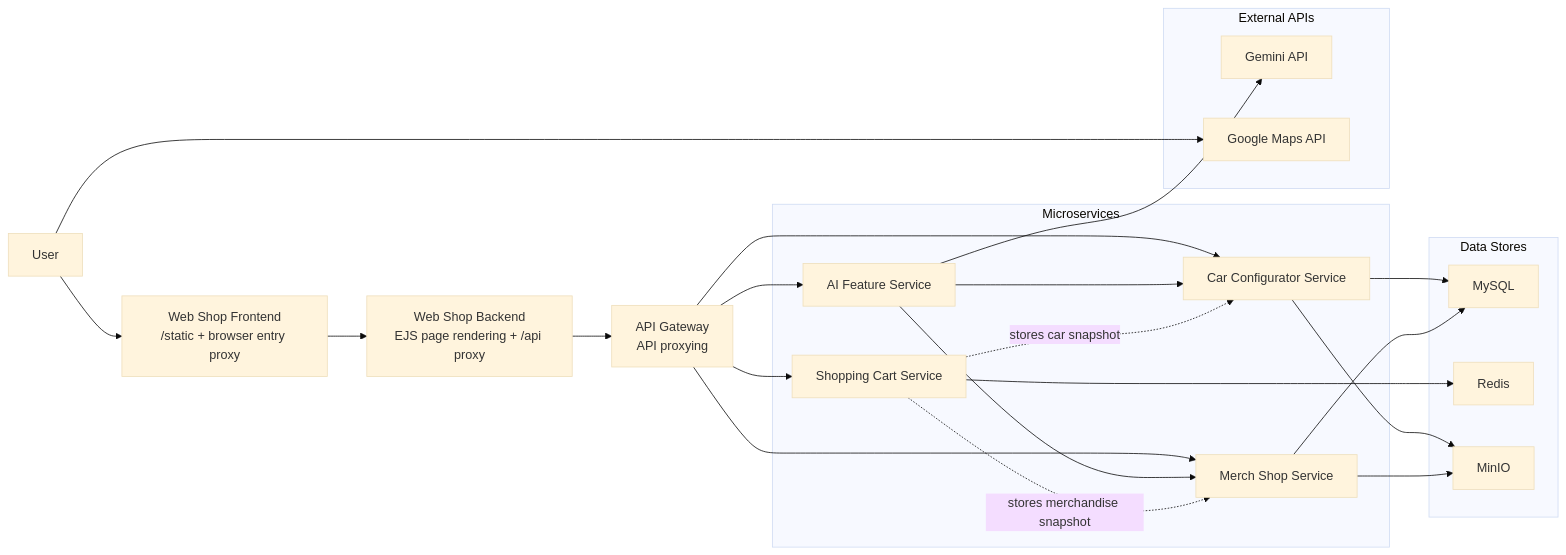
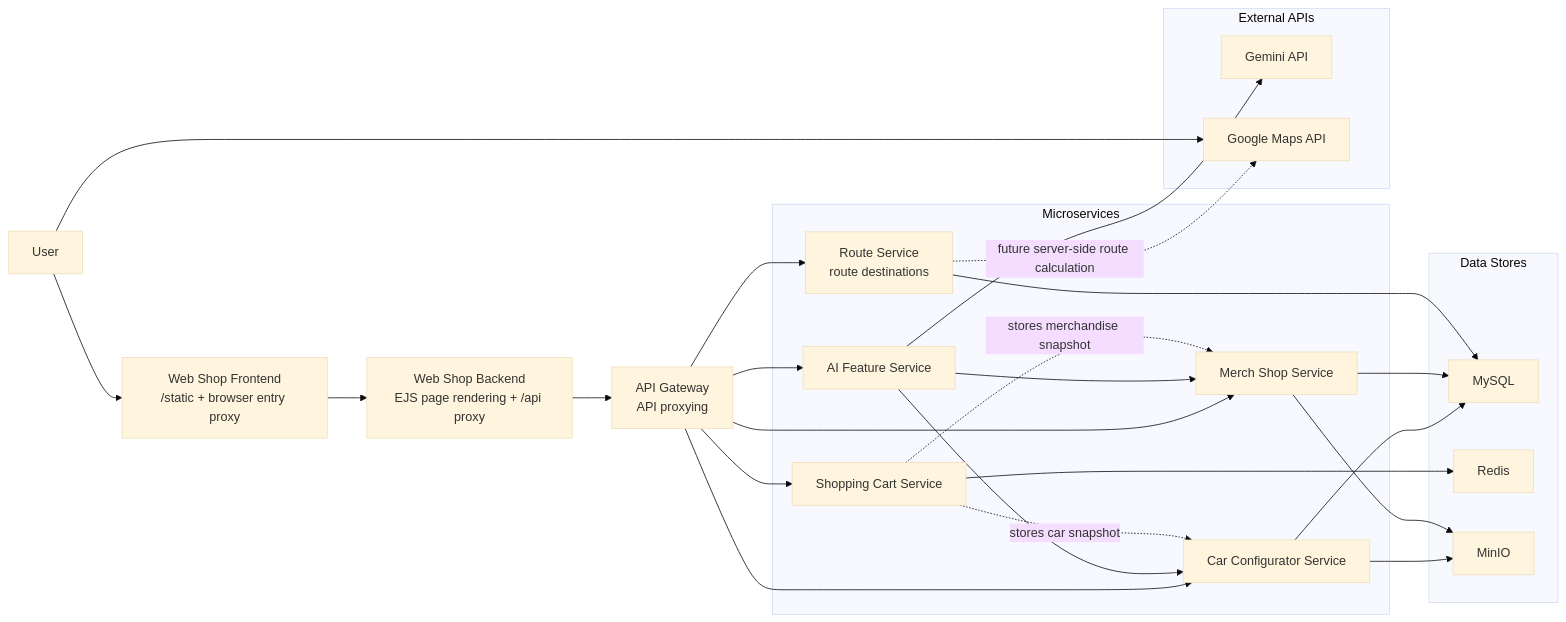
One commit to CloudBasedWebApplication/bmw changed the diagram in docs/architecture.md. Above: the diagram before and after it, drawn with Mermaid (base theme). The commit also changed other lines of this file and 19 other files, not shown here.

First line of the commit message:
feat(route): add route service boundary

````diff
--- a/docs/architecture.md
+++ b/docs/architecture.md
@@ -13,51 +13,56 @@
 ```mermaid
 flowchart LR
     user["User"]
     frontend["Web Shop Frontend\n/static + browser entry proxy"]
     backendPresentation["Web Shop Backend\nEJS page rendering + /api proxy"]
     gateway["API Gateway\nAPI proxying"]
 
     subgraph backend["Microservices"]
         configurator["Car Configurator Service"]
         merchandise["Merch Shop Service"]
         ai["AI Feature Service"]
         cart["Shopping Cart Service"]
+        route["Route Service\nroute destinations"]
     end
 
     subgraph data["Data Stores"]
         mysql["MySQL"]
         redis["Redis"]
         minio["MinIO"]
     end
 
     subgraph external["External APIs"]
         gemini["Gemini API"]
         googlemaps["Google Maps API"]
     end
 
     user --> frontend
     frontend --> backendPresentation
     backendPresentation --> gateway
 
     gateway --> configurator
     gateway --> merchandise
     gateway --> ai
     gateway --> cart
+    gateway --> route
 
     user --> googlemaps
 
     configurator --> mysql
     configurator --> minio
 
     merchandise --> mysql
     merchandise --> minio
 
     ai --> gemini
     ai --> configurator
     ai --> merchandise
 
     cart --> redis
+    route --> mysql
+
+    route -. "future server-side route calculation" .-> googlemaps
 
     cart -. "stores car snapshot" .-> configurator
     cart -. "stores merchandise snapshot" .-> merchandise
 ```
````
